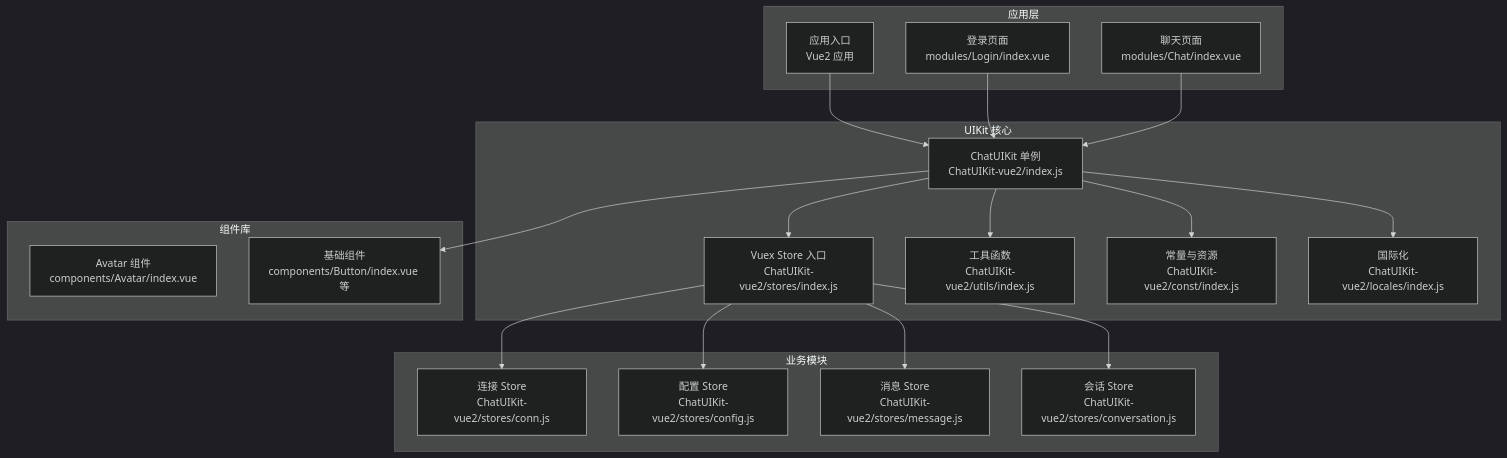
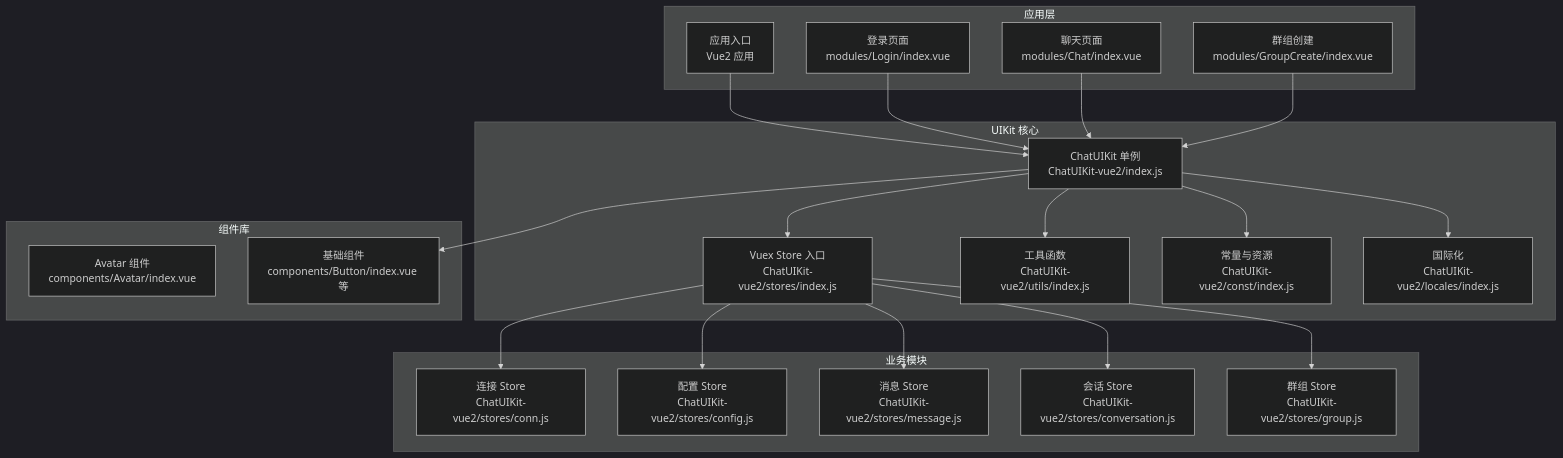
Before and after one commit to Easemob-Community/easemob-uikit-uniapp-community: the first of 9 diagrams in .qoder/repowiki/zh/content/API参考/API参考.md, drawn with Mermaid (dark theme). The commit also changed other lines of this file and 5 other files, not shown here.

````diff
--- a/.qoder/repowiki/zh/content/API参考/API参考.md
+++ b/.qoder/repowiki/zh/content/API参考/API参考.md
@@ -43,37 +45,41 @@
 ```mermaid
 graph TB
 subgraph "应用层"
 App["应用入口<br/>Vue2 应用"]
 Login["登录页面<br/>modules/Login/index.vue"]
 Chat["聊天页面<br/>modules/Chat/index.vue"]
+GroupCreate["群组创建<br/>modules/GroupCreate/index.vue"]
 end
 subgraph "UIKit 核心"
 ChatUIKit["ChatUIKit 单例<br/>ChatUIKit-vue2/index.js"]
 Stores["Vuex Store 入口<br/>ChatUIKit-vue2/stores/index.js"]
 Utils["工具函数<br/>ChatUIKit-vue2/utils/index.js"]
 Const["常量与资源<br/>ChatUIKit-vue2/const/index.js"]
 I18n["国际化<br/>ChatUIKit-vue2/locales/index.js"]
 end
 subgraph "业务模块"
 ConnStore["连接 Store<br/>ChatUIKit-vue2/stores/conn.js"]
 ConfigStore["配置 Store<br/>ChatUIKit-vue2/stores/config.js"]
 MessageStore["消息 Store<br/>ChatUIKit-vue2/stores/message.js"]
 ConversationStore["会话 Store<br/>ChatUIKit-vue2/stores/conversation.js"]
+GroupStore["群组 Store<br/>ChatUIKit-vue2/stores/group.js"]
 end
 subgraph "组件库"
 AvatarComp["Avatar 组件<br/>components/Avatar/index.vue"]
 BaseComponents["基础组件<br/>components/Button/index.vue 等"]
 end
 App --> ChatUIKit
 Login --> ChatUIKit
 Chat --> ChatUIKit
+GroupCreate --> ChatUIKit
 ChatUIKit --> Stores
 Stores --> ConnStore
 Stores --> ConfigStore
 Stores --> MessageStore
 Stores --> ConversationStore
+Stores --> GroupStore
 ChatUIKit --> Utils
 ChatUIKit --> Const
 ChatUIKit --> I18n
 ChatUIKit --> BaseComponents
 ```
````
